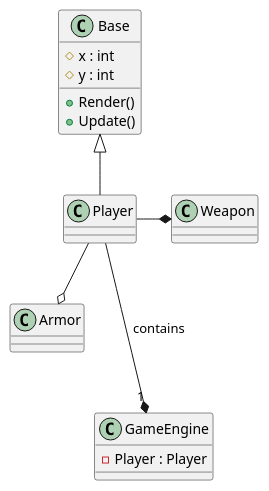
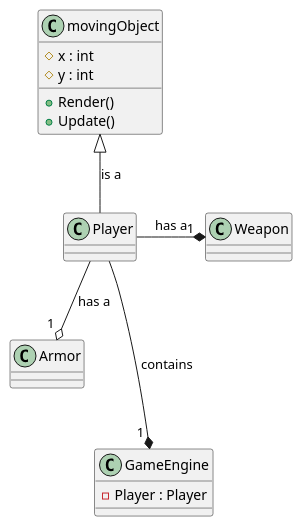
Before and after one commit to NoahHakansson/SE-PA1460: the diagram in diagram.pu, drawn with PlantUML.

Commit message:
Updated class names in test diagram, commit through Terminal

```diff
--- a/diagram.pu
+++ b/diagram.pu
@@ -1,19 +1,19 @@
 @startuml testGameDiagram
-class Base{
+class movingObject{
     #x : int
     #y : int
     +Render()
     +Update()
 }
 class Player
 class Weapon
 class Armor
 class GameEngine
 
-Base <|-- Player
-Player -* Weapon
-Player --o Armor
-Player ---* "1" GameEngine: contains
+movingObject <|-- Player: is a
+Player -* " 1 " Weapon: has a
+Player --o " 1 "Armor: has a
+Player ---* " 1 " GameEngine: contains
 
 GameEngine : -Player : Player
 @enduml
```
